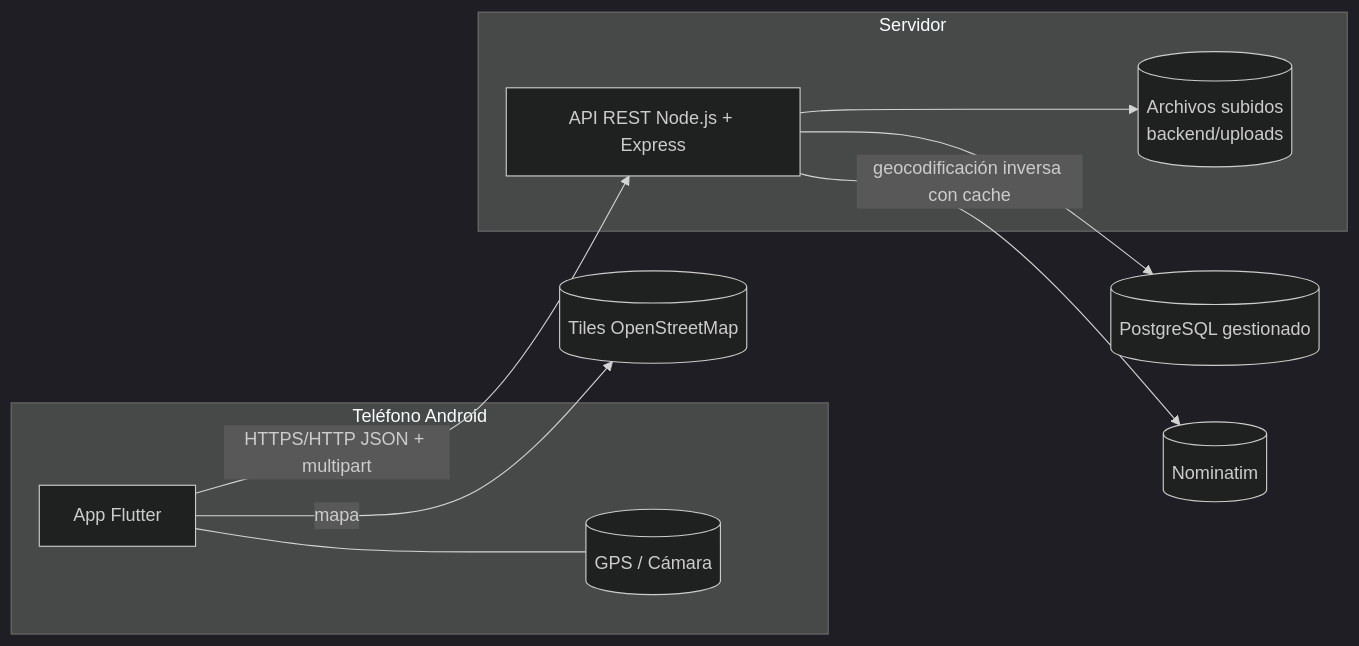
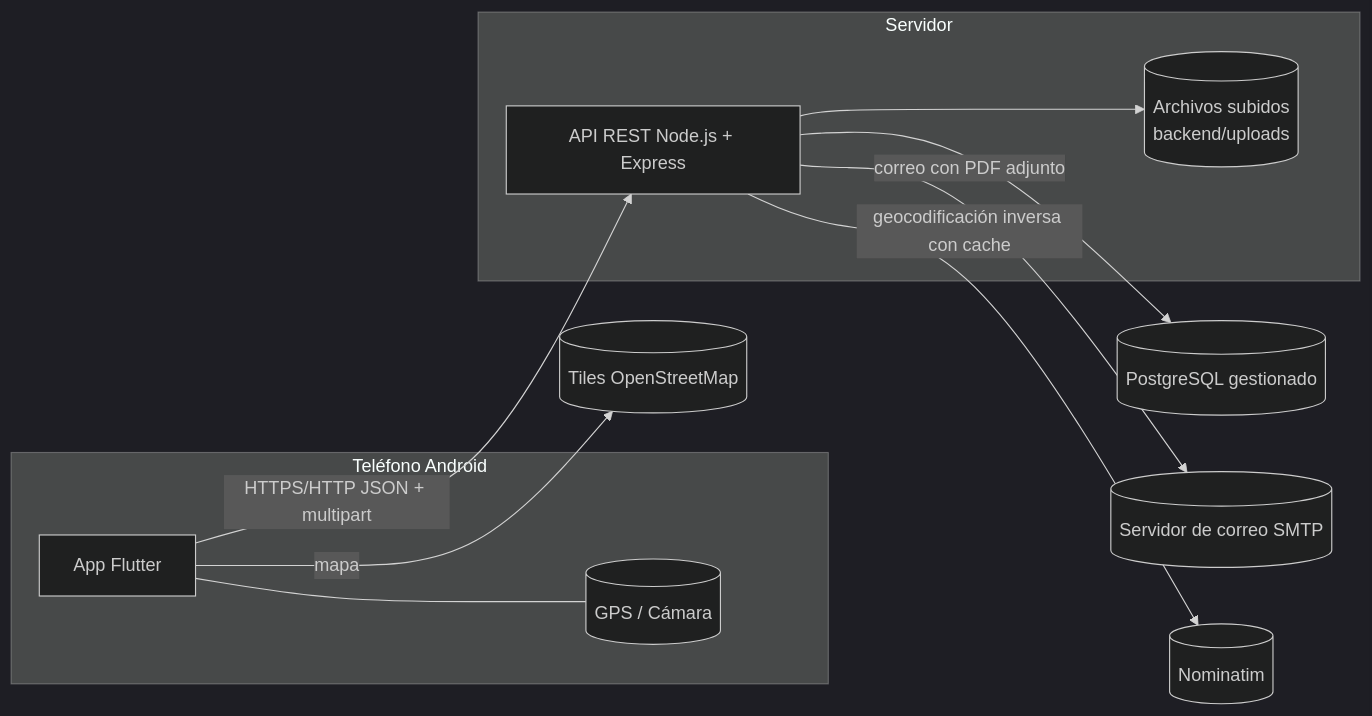
The diagram in docs/04-arquitectura-y-stack.md (Matute-col/AireClaro), drawn with Mermaid (dark theme) before and after one commit. The commit also changed other lines of this file and 12 other files, not shown here.

````diff
--- a/docs/04-arquitectura-y-stack.md
+++ b/docs/04-arquitectura-y-stack.md
@@ -5,20 +5,22 @@
 ```mermaid
 flowchart LR
   subgraph Telefono[Teléfono Android]
     APP[App Flutter]
     GPS[(GPS / Cámara)]
   end
   subgraph Servidor[Servidor]
     API[API REST Node.js + Express]
     FS[(Archivos subidos<br/>backend/uploads)]
   end
   DB[(PostgreSQL gestionado)]
+  MAIL[(Servidor de correo SMTP)]
   OSM[(Tiles OpenStreetMap)]
   NOM[(Nominatim)]
   APP --- GPS
   APP -- HTTPS/HTTP JSON + multipart --> API
   APP -- mapa --> OSM
   API --> DB
   API --> FS
   API -- geocodificación inversa con cache --> NOM
+  API -- correo con PDF adjunto --> MAIL
 ```
````
